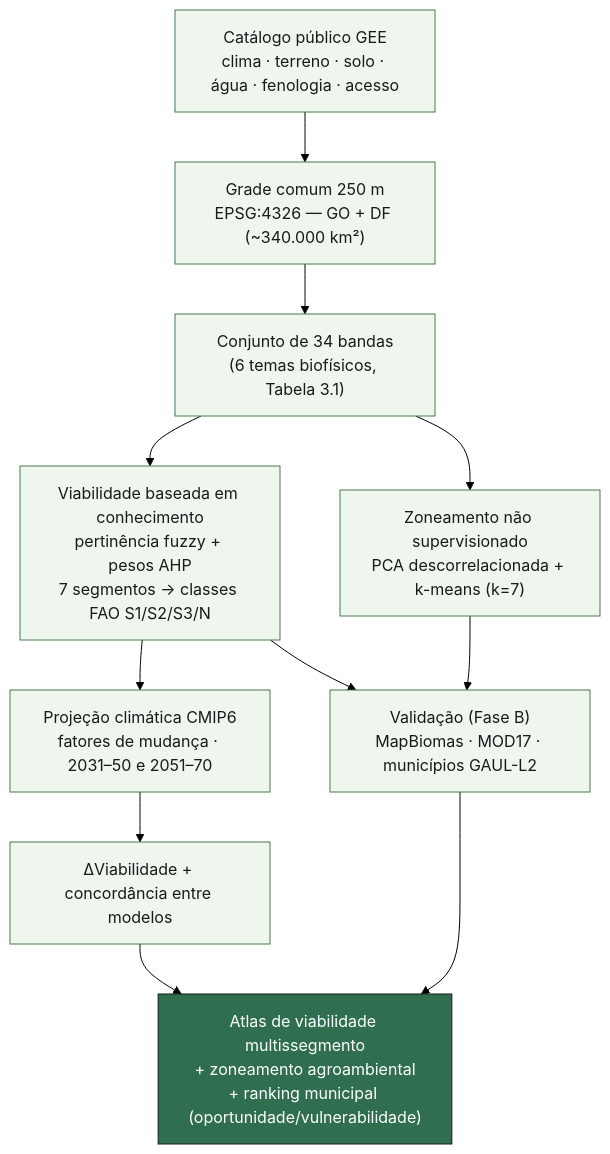
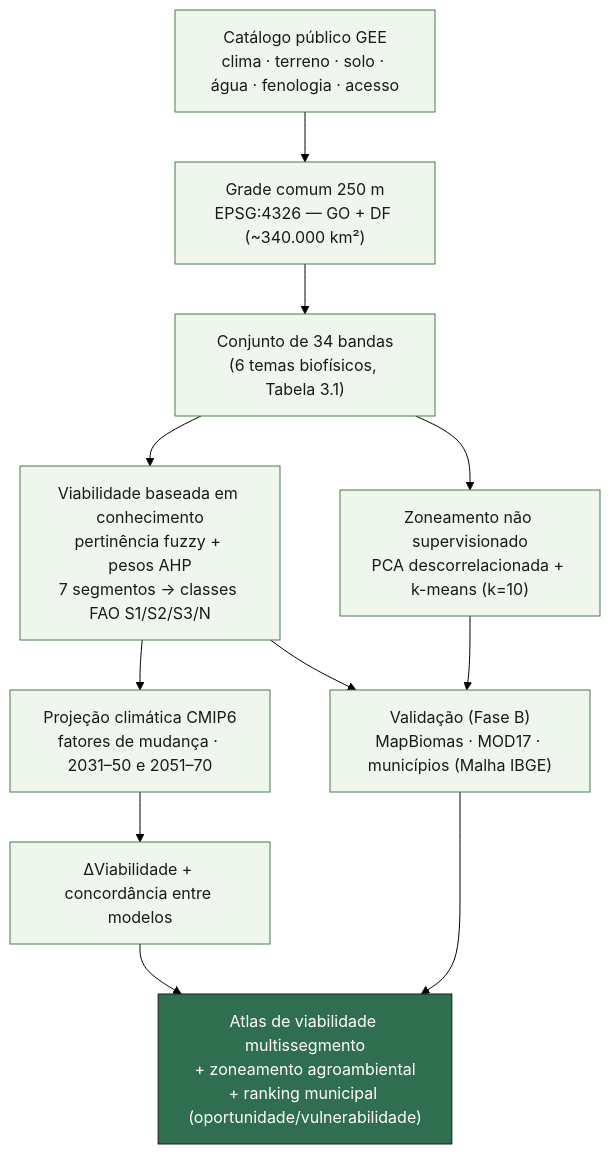
Before and after one commit to ahxsahxs/goias_suitability: the first of 3 diagrams in docs/metodologia_diagrama.md, drawn with Mermaid (forest theme). The commit also changed other lines of this file and 4 other files, not shown here.

````diff
--- a/docs/metodologia_diagrama.md
+++ b/docs/metodologia_diagrama.md
@@ -15,22 +16,22 @@
 ```mermaid
 flowchart TD
     A["Catálogo público GEE<br/>clima · terreno · solo · água · fenologia · acesso"] --> B["Grade comum 250 m<br/>EPSG:4326 — GO + DF (~340.000 km²)"]
     B --> C["Conjunto de 34 bandas<br/>(6 temas biofísicos, Tabela 3.1)"]
 
     C --> D["Viabilidade baseada em conhecimento<br/>pertinência fuzzy + pesos AHP<br/>7 segmentos → classes FAO S1/S2/S3/N"]
-    C --> E["Zoneamento não supervisionado<br/>PCA descorrelacionada + k-means (k=7)"]
+    C --> E["Zoneamento não supervisionado<br/>PCA descorrelacionada + k-means (k=10)"]
 
     D --> F["Projeção climática CMIP6<br/>fatores de mudança · 2031–50 e 2051–70"]
     F --> G["ΔViabilidade + concordância entre modelos"]
 
-    D --> H["Validação (Fase B)<br/>MapBiomas · MOD17 · municípios GAUL-L2"]
+    D --> H["Validação (Fase B)<br/>MapBiomas · MOD17 · municípios (Malha IBGE)"]
     E --> H
 
     G --> I["Atlas de viabilidade multissegmento<br/>+ zoneamento agroambiental<br/>+ ranking municipal (oportunidade/vulnerabilidade)"]
     H --> I
 
     classDef stage fill:#eef6ee,stroke:#4a7a4a,color:#1a1a1a;
     classDef output fill:#2f6f4f,stroke:#1a1a1a,color:#ffffff;
     class A,B,C,D,E,F,G,H stage;
     class I output;
 ```
````
